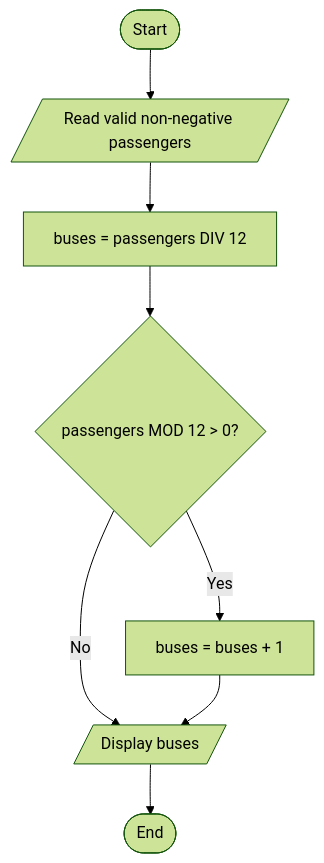
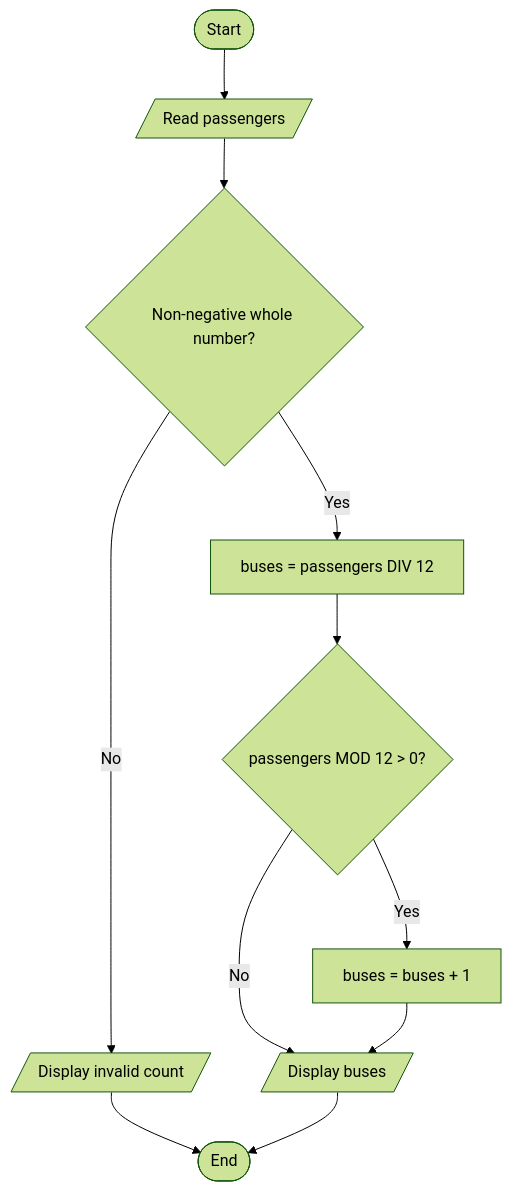
One commit to jouwdan/lc-cs changed the diagram in topic-05-algorithms/note-01-concepts/note.md. Above: the diagram before and after it, drawn with Mermaid (forest theme). The commit also changed other lines of this file and 340 other files, not shown here.

````diff
--- a/topic-05-algorithms/note-01-concepts/note.md
+++ b/topic-05-algorithms/note-01-concepts/note.md
@@ -52,11 +82,13 @@
 ```mermaid
 flowchart TD
-  accTitle: Bus allocation for a validated passenger count
-  A([Start]) --> B[/Read valid non-negative passengers/]
-  B --> C[buses = passengers DIV 12]
-  C --> D{passengers MOD 12 > 0?}
-  D -- Yes --> E[buses = buses + 1]
-  D -- No --> F[/Display buses/]
-  E --> F
-  F --> G([End])
+  A([Start]) --> B[/Read passengers/]
+  B --> C{Non-negative whole number?}
+  C -- No --> D[/Display invalid count/]
+  C -- Yes --> E[buses = passengers DIV 12]
+  E --> F{passengers MOD 12 > 0?}
+  F -- Yes --> G[buses = buses + 1]
+  F -- No --> H[/Display buses/]
+  G --> H
+  D --> I([End])
+  H --> I
 ```
````
